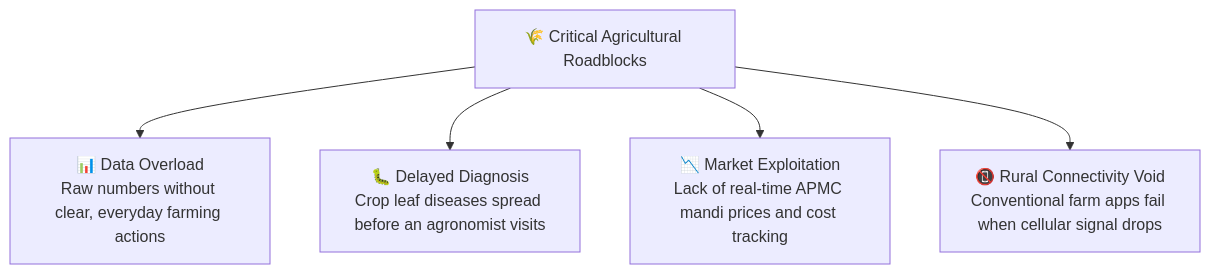
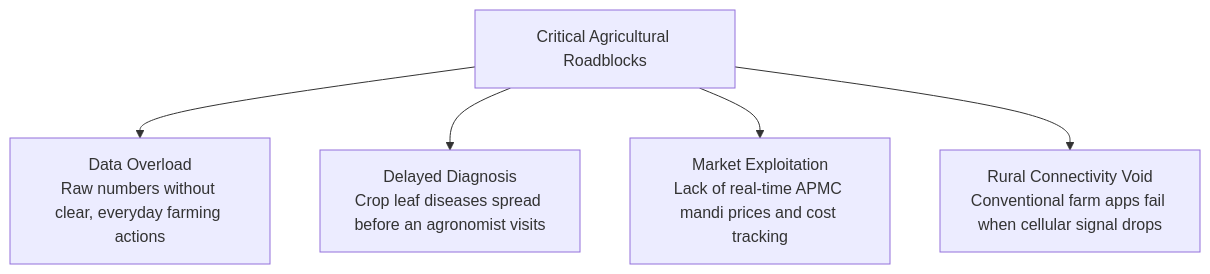
One commit to Xcoder-69/HACKFORGE changed the first of 2 diagrams in README.md. Above: the diagram before and after it, drawn with Mermaid. The commit also changed other lines of this file and 1 other file, not shown here.

````diff
--- a/README.md
+++ b/README.md
@@ -37,8 +37,8 @@
 ```mermaid
 flowchart TD
-    Problem["🌾 Critical Agricultural Roadblocks"]
-    Problem --> A["📊 Data Overload<br>Raw numbers without clear, everyday farming actions"]
-    Problem --> B["🐛 Delayed Diagnosis<br>Crop leaf diseases spread before an agronomist visits"]
-    Problem --> C["📉 Market Exploitation<br>Lack of real-time APMC mandi prices and cost tracking"]
-    Problem --> D["📵 Rural Connectivity Void<br>Conventional farm apps fail when cellular signal drops"]
+    Problem["Critical Agricultural Roadblocks"]
+    Problem --> A["Data Overload<br>Raw numbers without clear, everyday farming actions"]
+    Problem --> B["Delayed Diagnosis<br>Crop leaf diseases spread before an agronomist visits"]
+    Problem --> C["Market Exploitation<br>Lack of real-time APMC mandi prices and cost tracking"]
+    Problem --> D["Rural Connectivity Void<br>Conventional farm apps fail when cellular signal drops"]
 ```
````
